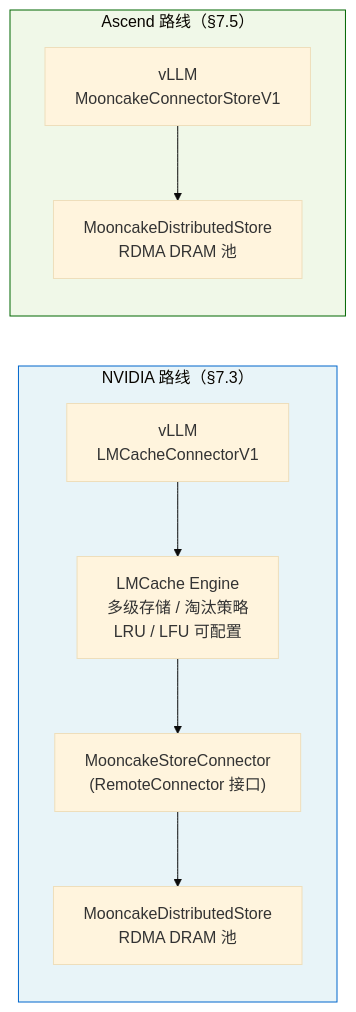
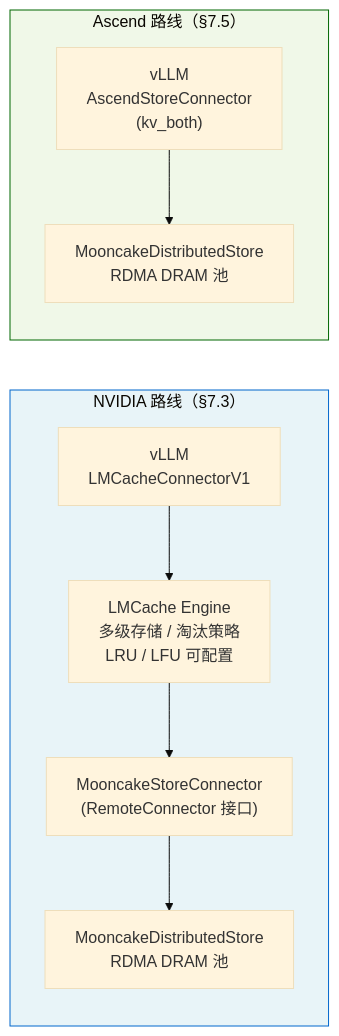
One commit to HeduAiDev/vllm-from-scratch changed the sixth of 10 diagrams in BLOG_PART2B_V2.md. Above: the diagram before and after it, drawn with Mermaid (base theme). The commit also changed other lines of this file, not shown here.

````diff
--- a/BLOG_PART2B_V2.md
+++ b/BLOG_PART2B_V2.md
@@ -2380,15 +2350,15 @@
 ```mermaid
 flowchart LR
     subgraph NVIDIA["NVIDIA 路线（§7.3）"]
         direction TB
         A1["vLLM<br/>LMCacheConnectorV1"] --> A2["LMCache Engine<br/>多级存储 / 淘汰策略<br/>LRU / LFU 可配置"]
         A2 --> A3["MooncakeStoreConnector<br/>(RemoteConnector 接口)"]
         A3 --> A4["MooncakeDistributedStore<br/>RDMA DRAM 池"]
     end
     subgraph ASCEND["Ascend 路线（§7.5）"]
         direction TB
-        B1["vLLM<br/>MooncakeConnectorStoreV1"] --> B2["MooncakeDistributedStore<br/>RDMA DRAM 池"]
+        B1["vLLM<br/>AscendStoreConnector<br/>(kv_both)"] --> B2["MooncakeDistributedStore<br/>RDMA DRAM 池"]
     end
     style NVIDIA fill:#e8f4f8,stroke:#0066cc
     style ASCEND fill:#f0f8e8,stroke:#006600
 ```
````
